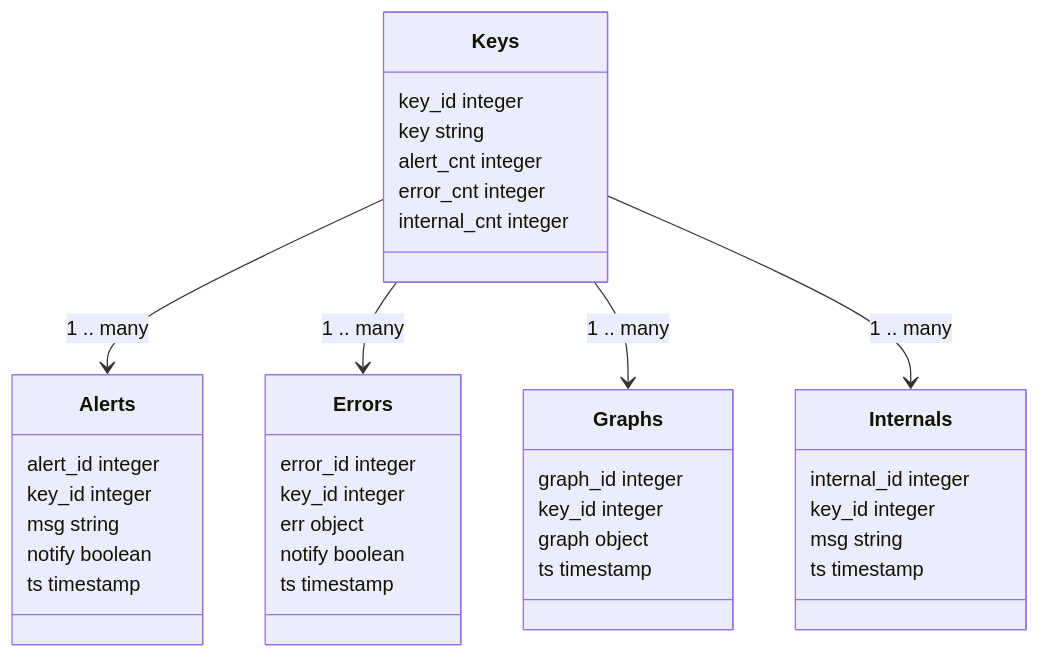
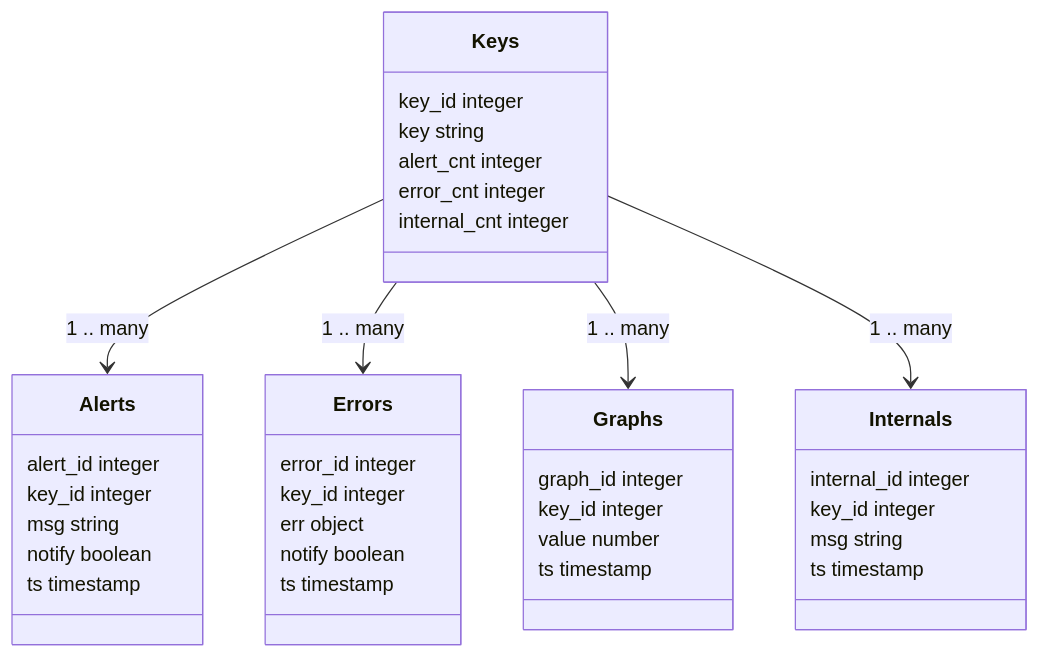
One commit to wkande/noditor-docs changed the second of 2 diagrams in docs/server/db.md. Above: the diagram before and after it, drawn with Mermaid. The commit also changed other lines of this file and 14 other files, not shown here.

````diff
--- a/docs/server/db.md
+++ b/docs/server/db.md
@@ -45,43 +45,43 @@
 ```mermaid
 classDiagram
 
     class Keys
     Keys : key_id integer
     Keys : key string
     Keys : alert_cnt integer
     Keys : error_cnt integer
     Keys : internal_cnt integer
 
     class Alerts
     Alerts : alert_id integer
     Alerts : key_id integer
     Alerts: msg string
     Alerts: notify boolean
     Alerts: ts timestamp
 
     class Errors
     Errors: error_id integer
     Errors: key_id integer
     Errors: err object
     Errors: notify boolean
     Errors: ts timestamp
 
     class Graphs
     Graphs: graph_id integer
     Graphs: key_id integer
-    Graphs: graph object
+    Graphs: value number
     Graphs: ts timestamp
 
     class Internals
     Internals: internal_id integer
     Internals: key_id integer
     Internals: msg string
     Internals: ts timestamp
 
     Keys --> Alerts : 1 .. many
     Keys --> Errors : 1 .. many
     Keys --> Graphs : 1 .. many
     Keys --> Internals : 1 .. many
 
 
 ```
````
